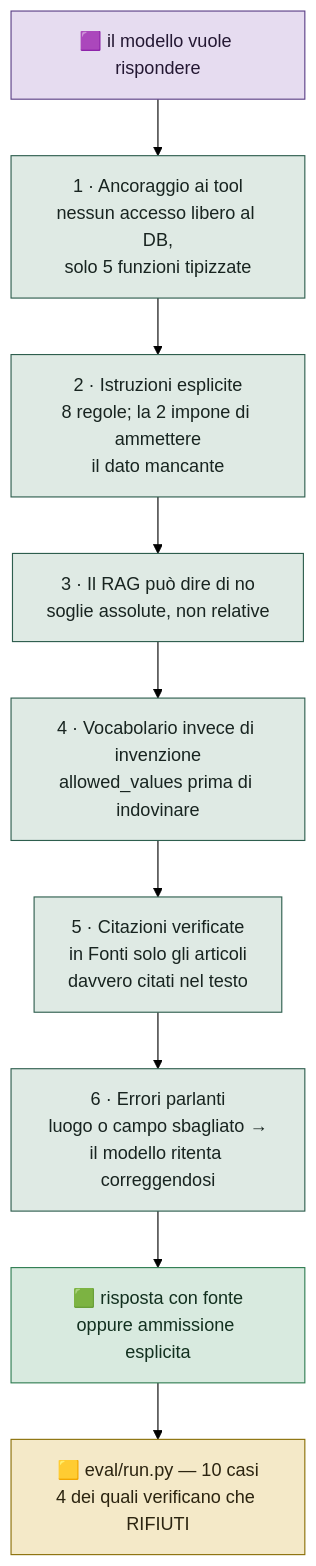
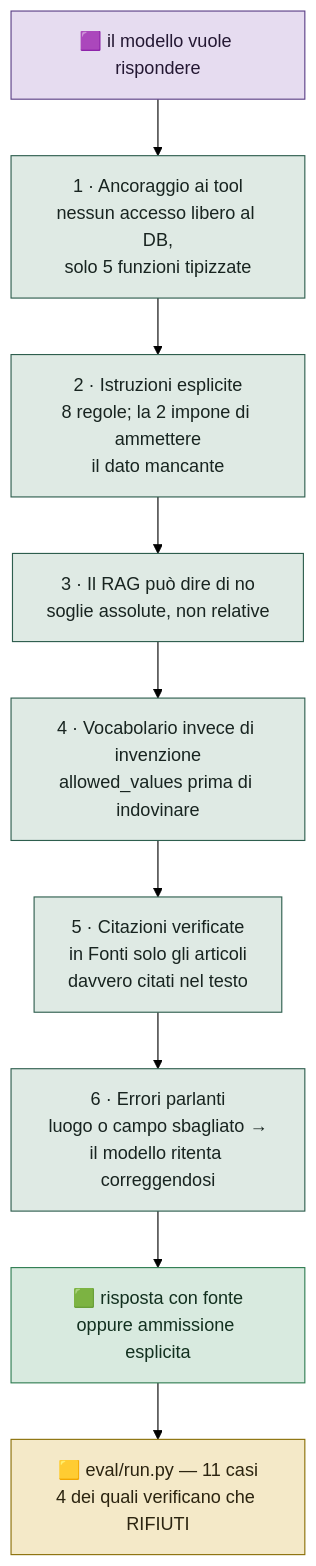
One commit to xLUPOx/Projects changed diagram 15 of 16 in Chatbot/FLUSSI.md. Above: the diagram before and after it, drawn with Mermaid (forest theme). The commit also changed other lines of this file and 11 other files, not shown here.

````diff
--- a/Chatbot/FLUSSI.md
+++ b/Chatbot/FLUSSI.md
@@ -664,24 +664,24 @@
 ```mermaid
 flowchart TB
     Q["🟪 il modello vuole rispondere"] --> L1
 
     L1["1 · Ancoraggio ai tool<br/>nessun accesso libero al DB,<br/>solo 5 funzioni tipizzate"]
     L1 --> L2["2 · Istruzioni esplicite<br/>8 regole; la 2 impone di ammettere<br/>il dato mancante"]
     L2 --> L3["3 · Il RAG può dire di no<br/>soglie assolute, non relative"]
     L3 --> L4["4 · Vocabolario invece di invenzione<br/>allowed_values prima di indovinare"]
     L4 --> L5["5 · Citazioni verificate<br/>in Fonti solo gli articoli<br/>davvero citati nel testo"]
     L5 --> L6["6 · Errori parlanti<br/>luogo o campo sbagliato →<br/>il modello ritenta correggendosi"]
     L6 --> OUT["🟩 risposta con fonte<br/>oppure ammissione esplicita"]
 
-    OUT --> EVAL["🟨 eval/run.py — 10 casi<br/>4 dei quali verificano che RIFIUTI"]
+    OUT --> EVAL["🟨 eval/run.py — 11 casi<br/>4 dei quali verificano che RIFIUTI"]
 
     classDef ai fill:#e6dcf0,stroke:#5b3f86,stroke-width:1px,color:#241833
     classDef be fill:#dfeae4,stroke:#2e5e4e,stroke-width:1px,color:#182420
     classDef dt fill:#f4e9c8,stroke:#8a6f07,stroke-width:1px,color:#2b2410
     classDef ok fill:#d8eadf,stroke:#2f7d52,stroke-width:1px,color:#12301f
 
     class Q ai
     class L1,L2,L3,L4,L5,L6 be
     class OUT ok
     class EVAL dt
 ```
````
